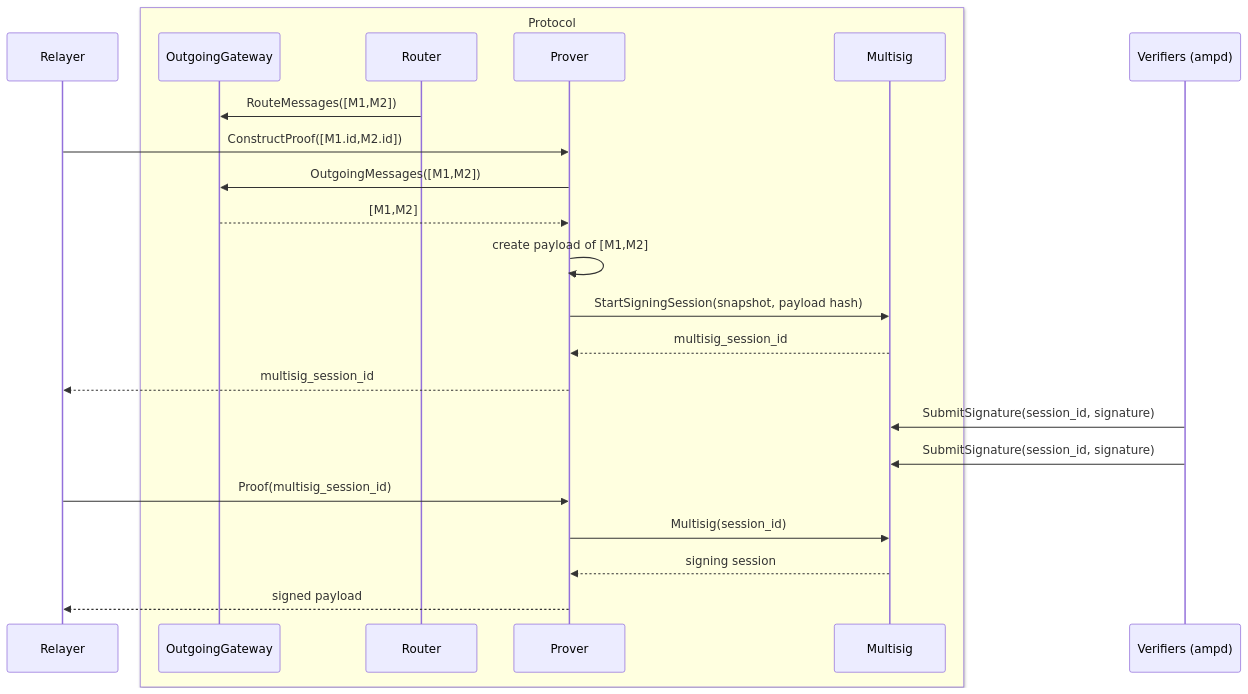
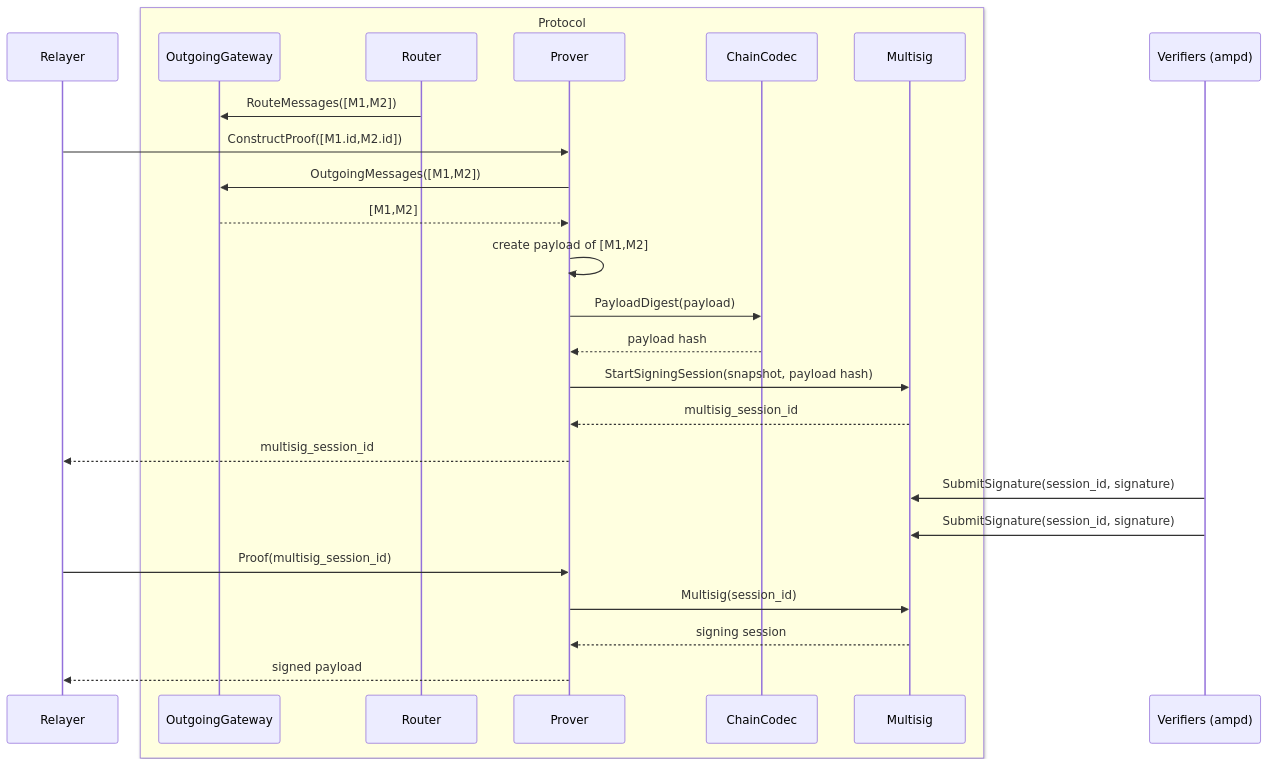
Before and after one commit to axelarnetwork/axelar-amplifier: the fourth of 4 diagrams in doc/src/overview.md, drawn with Mermaid. The commit also changed other lines of this file and 2 other files, not shown here.

Commit message:
docs: Add chain-codec to book

````diff
--- a/doc/src/overview.md
+++ b/doc/src/overview.md
@@ -109,28 +109,31 @@
 ```mermaid
 sequenceDiagram
     participant Relayer
     box LightYellow Protocol
     participant OutgoingGateway
     participant Router
     participant Prover
+    participant ChainCodec
     participant Multisig
     end
     participant Verifiers (ampd)
 
 
     Router->>OutgoingGateway: RouteMessages([M1,M2])
     Relayer->>Prover: ConstructProof([M1.id,M2.id])
     Prover->>OutgoingGateway: OutgoingMessages([M1,M2])
     OutgoingGateway-->>Prover: [M1,M2]
     Prover->>Prover: create payload of [M1,M2]
+    Prover->>ChainCodec: PayloadDigest(payload)
+    ChainCodec-->>Prover: payload hash
     Prover->>Multisig: StartSigningSession(snapshot, payload hash)
     Multisig-->>Prover: multisig_session_id
     Prover-->>Relayer: multisig_session_id
     Verifiers (ampd)->>Multisig: SubmitSignature(session_id, signature)
     Verifiers (ampd)->>Multisig: SubmitSignature(session_id, signature)
     Relayer->>Prover: Proof(multisig_session_id)
     Prover->>Multisig: Multisig(session_id)
     Multisig-->>Prover: signing session
     Prover-->>Relayer: signed payload
 
 ```
````
